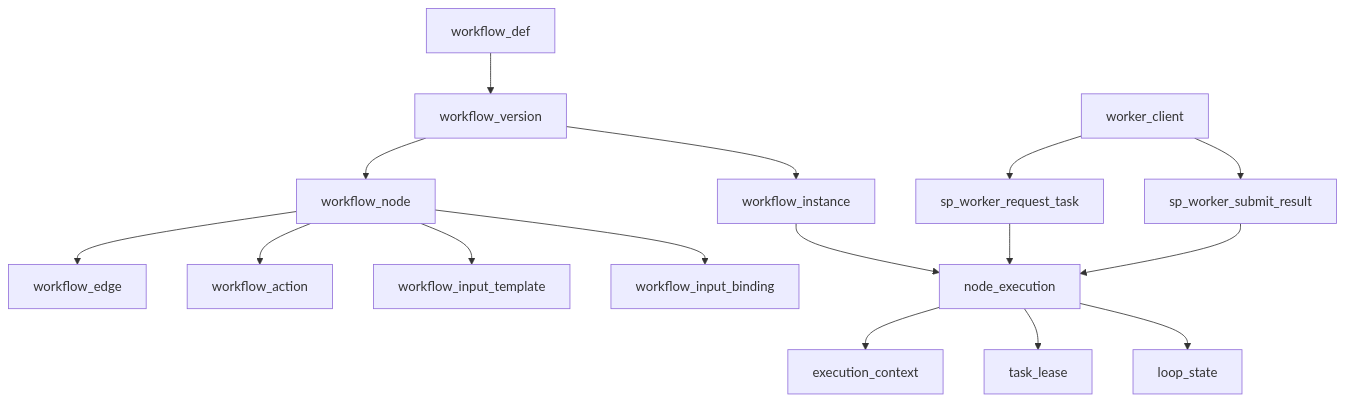
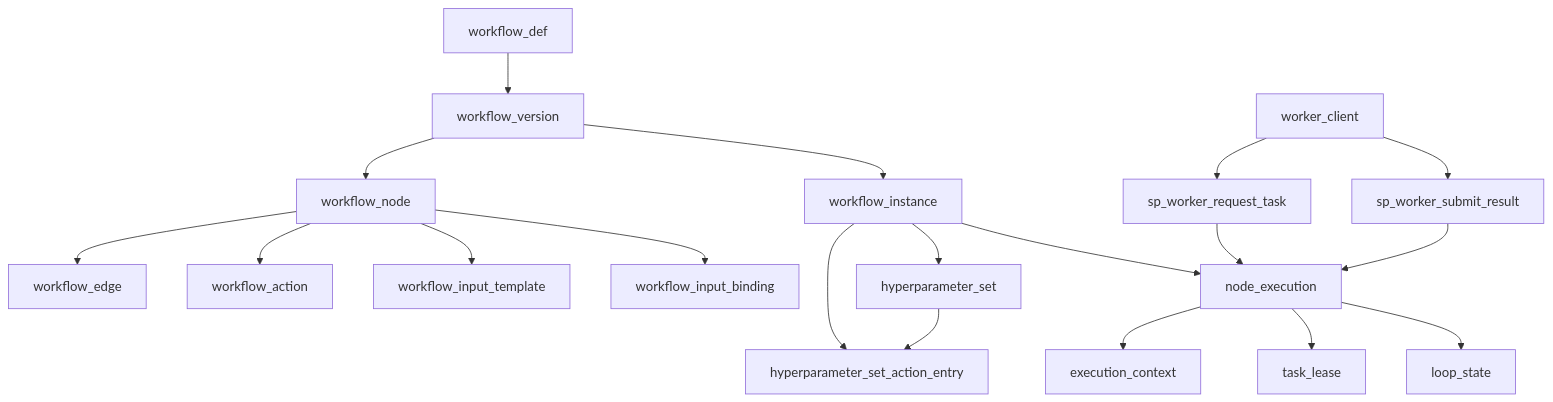
One commit to Goliath-Research/GoliathWorkflow changed the diagram in docs/plans/workflow-engine-sql-design.plan.md. Above: the diagram before and after it, drawn with Mermaid. The commit also changed other lines of this file and 9 other files, not shown here.

First line of the commit message:
Enhance documentation and SQL schema for hyperparameter sets and CAAS

````diff
--- a/docs/plans/workflow-engine-sql-design.plan.md
+++ b/docs/plans/workflow-engine-sql-design.plan.md
@@ -129,18 +141,21 @@
 ```mermaid
 flowchart TD
   workflowDef[workflow_def] --> workflowVersion[workflow_version]
   workflowVersion --> workflowNode[workflow_node]
   workflowNode --> workflowEdge[workflow_edge]
   workflowNode --> workflowAction[workflow_action]
   workflowNode --> workflowInputTemplate[workflow_input_template]
   workflowNode --> workflowInputBinding[workflow_input_binding]
   workflowVersion --> workflowInstance[workflow_instance]
+  workflowInstance --> hyperparameterSet[hyperparameter_set]
+  workflowInstance --> hyperparameterSetActionEntry[hyperparameter_set_action_entry]
+  hyperparameterSet --> hyperparameterSetActionEntry
   workflowInstance --> nodeExecution[node_execution]
   nodeExecution --> executionContext[execution_context]
   nodeExecution --> taskLease[task_lease]
   nodeExecution --> loopState[loop_state]
   workerClient[worker_client] --> spRequestTask[sp_worker_request_task]
   workerClient --> spSubmitResult[sp_worker_submit_result]
   spRequestTask --> nodeExecution
   spSubmitResult --> nodeExecution
 ```
````
